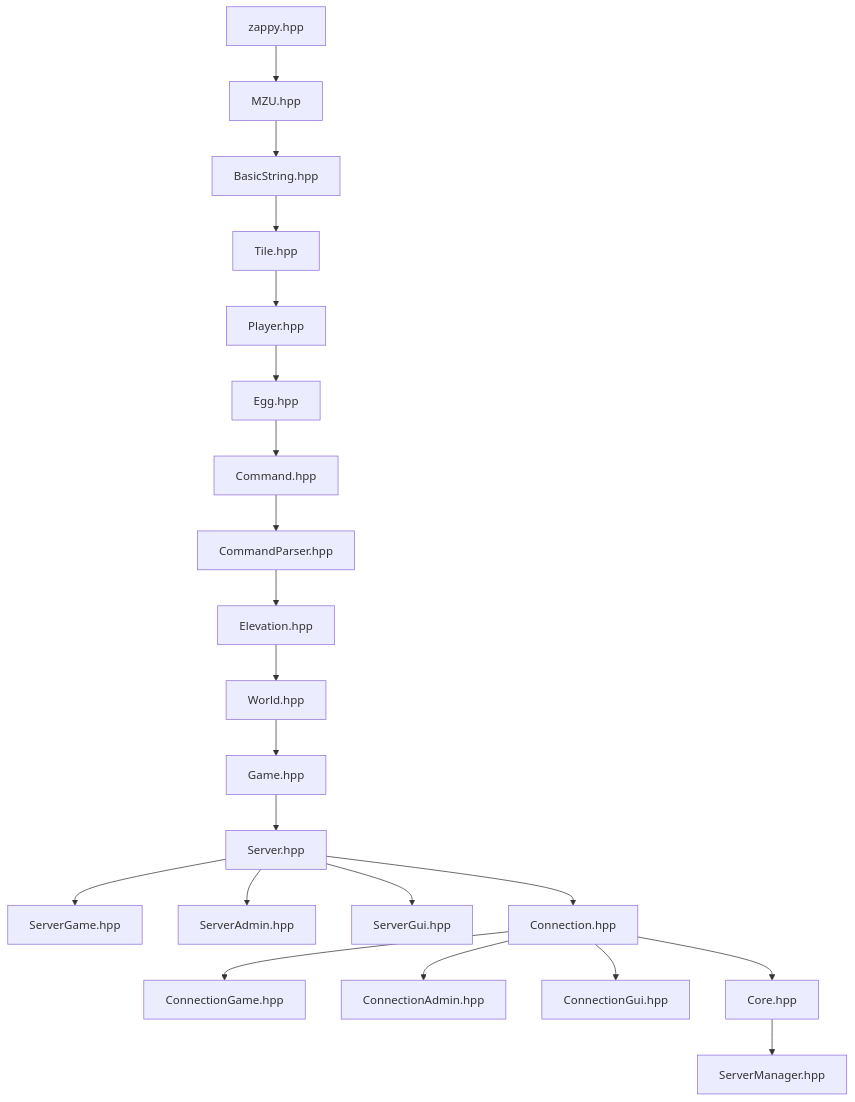
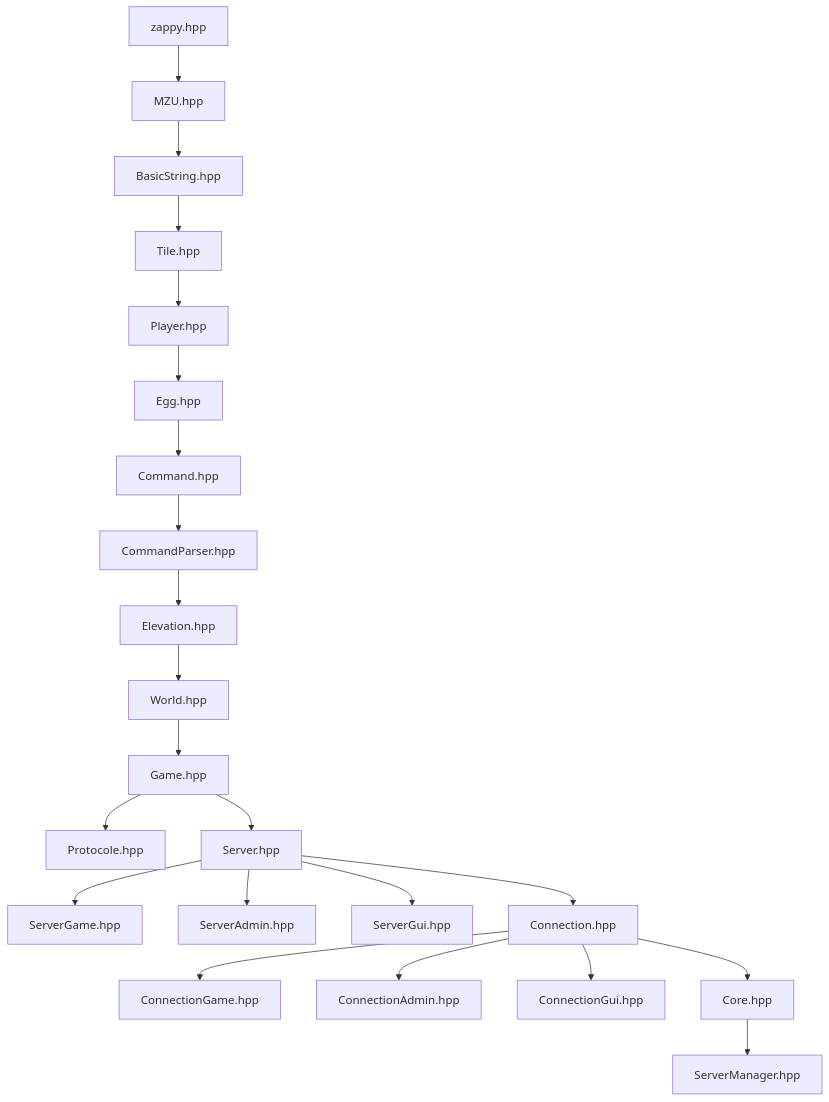
The diagram in README.md (tarikkudesu/takopi), drawn with Mermaid before and after one commit. The commit also changed other lines of this file and 9 other files, not shown here.

````diff
--- a/README.md
+++ b/README.md
@@ -23,26 +27,27 @@
 ```mermaid
 flowchart TD
     Z[zappy.hpp] --> M[MZU.hpp]
     M --> B[BasicString.hpp]
     B --> T[Tile.hpp]
     T --> P[Player.hpp]
     P --> E[Egg.hpp]
     E --> CMD[Command.hpp]
     CMD --> CP[CommandParser.hpp]
     CP --> EL[Elevation.hpp]
     EL --> W[World.hpp]
     W --> G[Game.hpp]
+    G --> PROTO[Protocole.hpp]
 
     G --> S[Server.hpp]
     S --> SG[ServerGame.hpp]
     S --> SA[ServerAdmin.hpp]
     S --> SGUI[ServerGui.hpp]
 
     S --> C[Connection.hpp]
     C --> CG[ConnectionGame.hpp]
     C --> CA[ConnectionAdmin.hpp]
     C --> CGUI[ConnectionGui.hpp]
 
     C --> CORE[Core.hpp]
     CORE --> SM[ServerManager.hpp]
 ```
````
